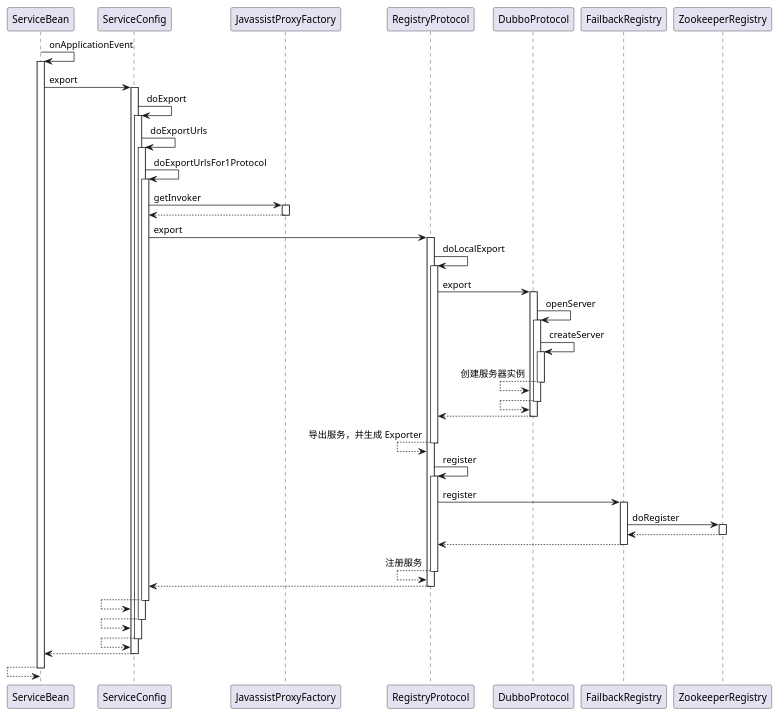
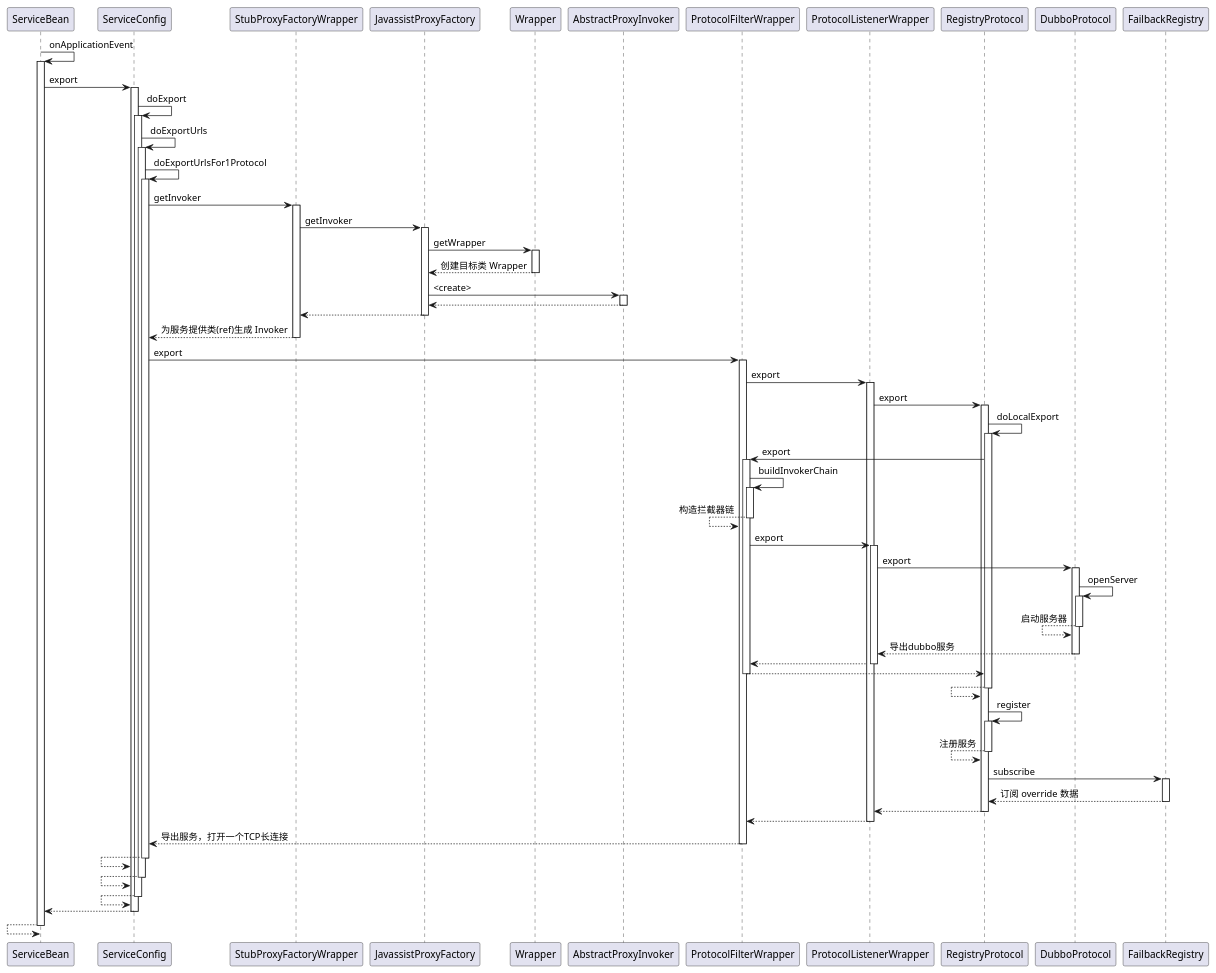
Before and after one commit to litter-fish/ReadSource: the diagram in source/dubbo-dubbo-2.6.5/dubbo-config/dubbo-config-spring/src/main/java/com/alibaba/dubbo/config/spring/exportService.puml, drawn with PlantUML. The commit also changed 12 other files, not shown here.

```diff
--- a/source/dubbo-dubbo-2.6.5/dubbo-config/dubbo-config-spring/src/main/java/com/alibaba/dubbo/config/spring/exportService.puml
+++ b/source/dubbo-dubbo-2.6.5/dubbo-config/dubbo-config-spring/src/main/java/com/alibaba/dubbo/config/spring/exportService.puml
@@ -1,73 +1,110 @@
 @startuml
 
 ServiceBean -> ServiceBean: onApplicationEvent
 activate ServiceBean
 
     ServiceBean->ServiceConfig: export
     activate ServiceConfig
 
         ServiceConfig->ServiceConfig: doExport
         activate ServiceConfig
 
            ServiceConfig->ServiceConfig: doExportUrls
            activate ServiceConfig
 
                 ServiceConfig->ServiceConfig: doExportUrlsFor1Protocol
                 activate ServiceConfig
 
-                    ServiceConfig->JavassistProxyFactory:getInvoker
-                    activate JavassistProxyFactory
-                    ServiceConfig<--JavassistProxyFactory:
-                    deactivate JavassistProxyFactory
+                    ServiceConfig->StubProxyFactoryWrapper:getInvoker
+                    activate StubProxyFactoryWrapper
+                        StubProxyFactoryWrapper->JavassistProxyFactory:getInvoker
+                        activate JavassistProxyFactory
+                            JavassistProxyFactory->Wrapper:getWrapper
+                            activate Wrapper
+                            JavassistProxyFactory<--Wrapper:创建目标类 Wrapper
+                            deactivate Wrapper
 
-                    ServiceConfig->RegistryProtocol:export
-                    activate RegistryProtocol
-                        RegistryProtocol->RegistryProtocol:doLocalExport
-                        activate RegistryProtocol
-                            RegistryProtocol->DubboProtocol:export
-                            activate DubboProtocol
-                                DubboProtocol->DubboProtocol:openServer
-                                activate DubboProtocol
-                                    DubboProtocol->DubboProtocol:createServer
-                                    activate DubboProtocol
-                                    DubboProtocol<--DubboProtocol:创建服务器实例
-                                    deactivate DubboProtocol
-                                DubboProtocol<--DubboProtocol
-                                deactivate DubboProtocol
-                            RegistryProtocol<--DubboProtocol:
-                            deactivate DubboProtocol
-                        RegistryProtocol<--RegistryProtocol: 导出服务，并生成 Exporter
-                        deactivate RegistryProtocol
+                            JavassistProxyFactory->AbstractProxyInvoker:<create>
+                            activate AbstractProxyInvoker
+                            JavassistProxyFactory<--AbstractProxyInvoker:
+                            deactivate AbstractProxyInvoker
+                        StubProxyFactoryWrapper<--JavassistProxyFactory:
+                        deactivate JavassistProxyFactory
+                    ServiceConfig<--StubProxyFactoryWrapper:为服务提供类(ref)生成 Invoker
+                    deactivate StubProxyFactoryWrapper
 
-                        RegistryProtocol->RegistryProtocol:register
-                        activate RegistryProtocol
-                            RegistryProtocol->FailbackRegistry:register
-                            activate FailbackRegistry
-                                FailbackRegistry->ZookeeperRegistry:doRegister
-                                activate ZookeeperRegistry
-                                FailbackRegistry<--ZookeeperRegistry:
-                                deactivate ZookeeperRegistry
-                            RegistryProtocol<--FailbackRegistry:
-                            deactivate FailbackRegistry
-                        RegistryProtocol<--RegistryProtocol:注册服务
-                        deactivate RegistryProtocol
+                    ServiceConfig->ProtocolFilterWrapper:export
+                    activate ProtocolFilterWrapper
 
-                    ServiceConfig<--RegistryProtocol:
-                    deactivate RegistryProtocol
+                        ProtocolFilterWrapper->ProtocolListenerWrapper:export
+                        activate ProtocolListenerWrapper
+
+                            ProtocolListenerWrapper->RegistryProtocol:export
+                            activate RegistryProtocol
+
+                                RegistryProtocol->RegistryProtocol:doLocalExport
+                                activate RegistryProtocol
+
+                                    RegistryProtocol->ProtocolFilterWrapper:export
+                                    activate ProtocolFilterWrapper
+
+                                        ProtocolFilterWrapper->ProtocolFilterWrapper:buildInvokerChain
+                                        activate ProtocolFilterWrapper
+                                        ProtocolFilterWrapper<--ProtocolFilterWrapper:构造拦截器链
+                                        deactivate ProtocolFilterWrapper
+
+                                        ProtocolFilterWrapper->ProtocolListenerWrapper:export
+                                        activate ProtocolListenerWrapper
+                                            ProtocolListenerWrapper->DubboProtocol:export
+                                            activate DubboProtocol
+                                                DubboProtocol->DubboProtocol:openServer
+                                                activate DubboProtocol
+                                                DubboProtocol<--DubboProtocol:启动服务器
+                                                deactivate DubboProtocol
+                                            ProtocolListenerWrapper<--DubboProtocol:导出dubbo服务
+                                            deactivate DubboProtocol
+                                        ProtocolFilterWrapper<--ProtocolListenerWrapper:
+                                        deactivate ProtocolListenerWrapper
+
+                                    RegistryProtocol<--ProtocolFilterWrapper:
+                                    deactivate ProtocolFilterWrapper
+
+                                RegistryProtocol<--RegistryProtocol:
+                                deactivate RegistryProtocol
+
+                                RegistryProtocol->RegistryProtocol: register
+                                activate RegistryProtocol
+
+                                RegistryProtocol<--RegistryProtocol:注册服务
+                                deactivate RegistryProtocol
+
+                                RegistryProtocol->FailbackRegistry:subscribe
+                                activate FailbackRegistry
+                                RegistryProtocol<--FailbackRegistry:订阅 override 数据
+                                deactivate FailbackRegistry
+
+                            ProtocolListenerWrapper<--RegistryProtocol:
+                            deactivate RegistryProtocol
+
+                        ProtocolFilterWrapper<--ProtocolListenerWrapper:
+                        deactivate ProtocolListenerWrapper
+
+                    ServiceConfig<--ProtocolFilterWrapper:导出服务，打开一个TCP长连接
+                    deactivate ProtocolFilterWrapper
 
                 ServiceConfig<--ServiceConfig:
                 deactivate ServiceConfig
 
            ServiceConfig<--ServiceConfig:
            deactivate ServiceConfig
 
         ServiceConfig<--ServiceConfig:
         deactivate ServiceConfig
 
     ServiceBean<--ServiceConfig:
     deactivate ServiceConfig
 
 ServiceBean <-- ServiceBean:
 deactivate ServiceBean
 
 @enduml
```
